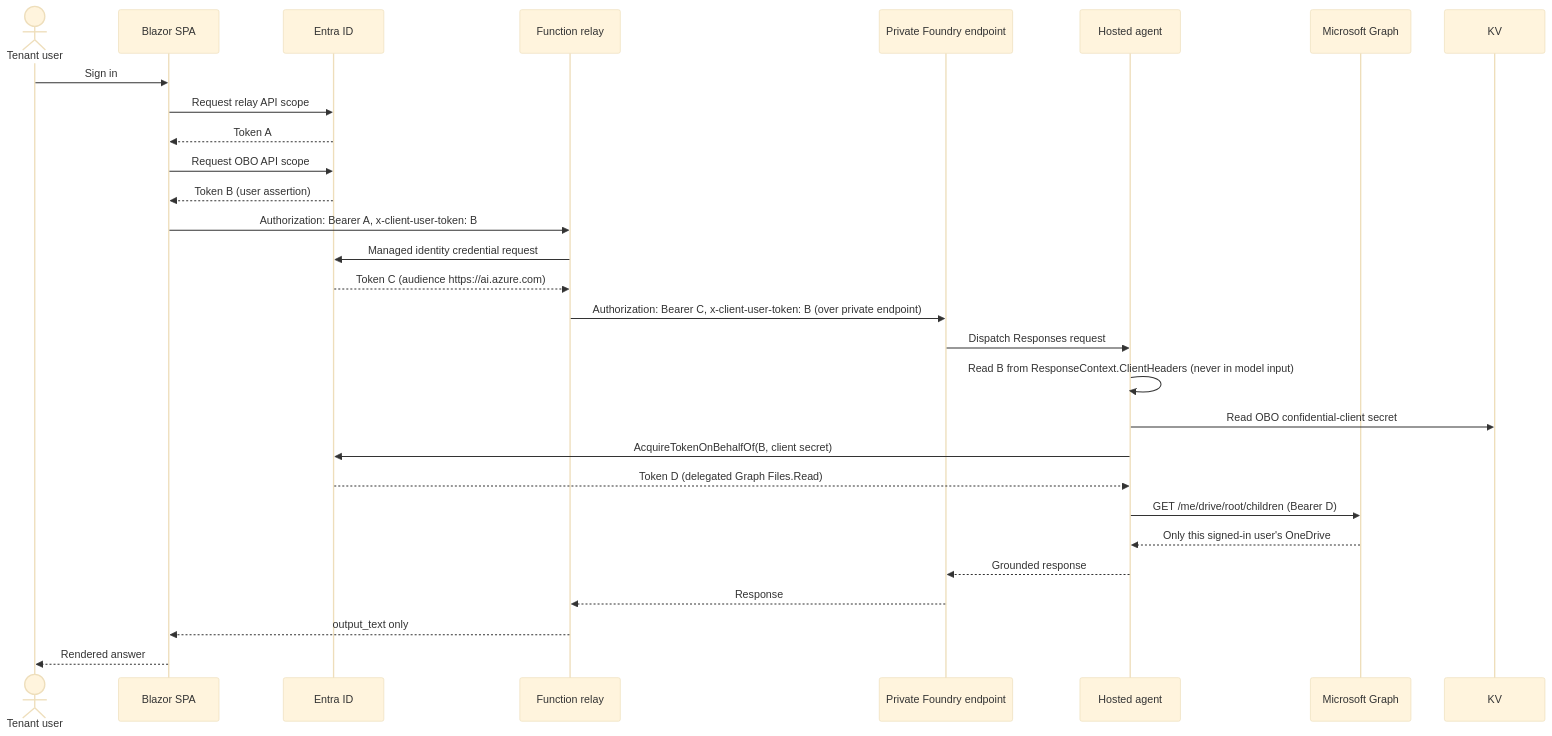
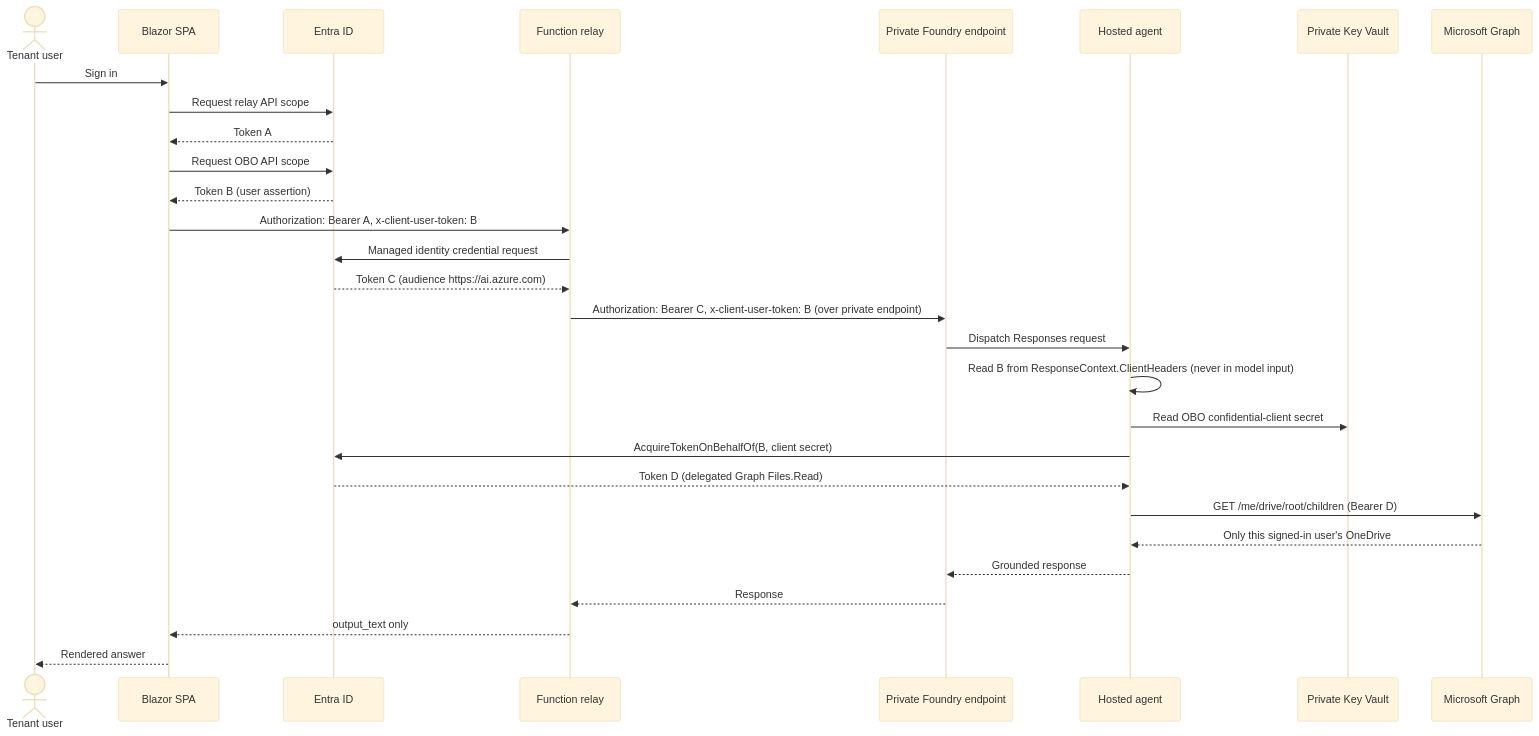
The second of 2 diagrams in docs/sequence-diagram.md (anihitk07/HostedOBOAgent), drawn with Mermaid (base theme) before and after one commit. The commit also changed other lines of this file, not shown here.

First line of the commit message:
Fix Mermaid syntax errors in sequence-diagram.md

````diff
--- a/docs/sequence-diagram.md
+++ b/docs/sequence-diagram.md
@@ -47,31 +47,32 @@
 ```mermaid
 sequenceDiagram
     actor U as Tenant user
     participant S as Blazor SPA
     participant E as Entra ID
     participant R as Function relay
     participant F as Private Foundry endpoint
     participant A as Hosted agent
+    participant KV as Private Key Vault
     participant G as Microsoft Graph
 
     U->>S: Sign in
     S->>E: Request relay API scope
     E-->>S: Token A
     S->>E: Request OBO API scope
     E-->>S: Token B (user assertion)
     S->>R: Authorization: Bearer A, x-client-user-token: B
     R->>E: Managed identity credential request
     E-->>R: Token C (audience https://ai.azure.com)
     R->>F: Authorization: Bearer C, x-client-user-token: B (over private endpoint)
     F->>A: Dispatch Responses request
     A->>A: Read B from ResponseContext.ClientHeaders (never in model input)
     A->>KV: Read OBO confidential-client secret
     A->>E: AcquireTokenOnBehalfOf(B, client secret)
     E-->>A: Token D (delegated Graph Files.Read)
     A->>G: GET /me/drive/root/children (Bearer D)
     G-->>A: Only this signed-in user's OneDrive
     A-->>F: Grounded response
     F-->>R: Response
     R-->>S: output_text only
     S-->>U: Rendered answer
 ```
````
